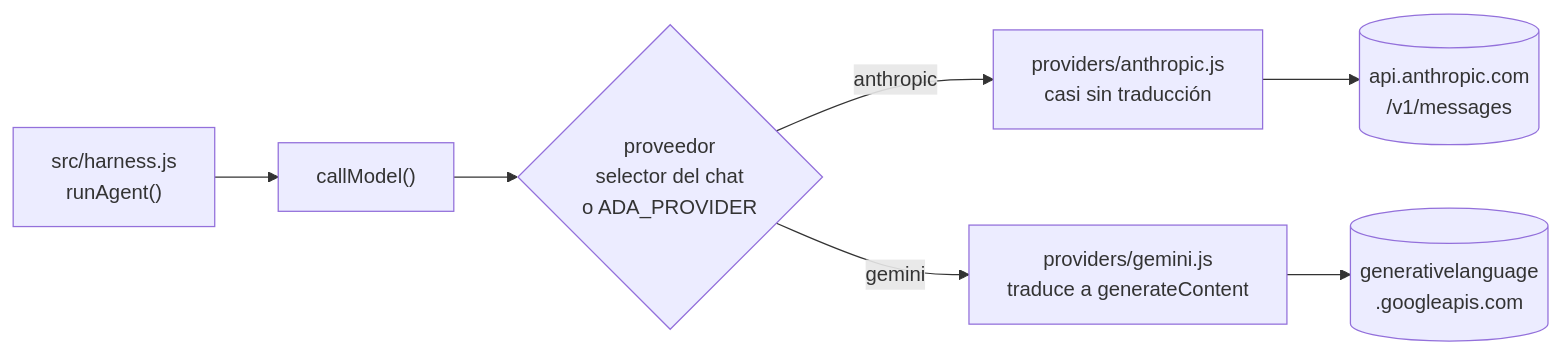
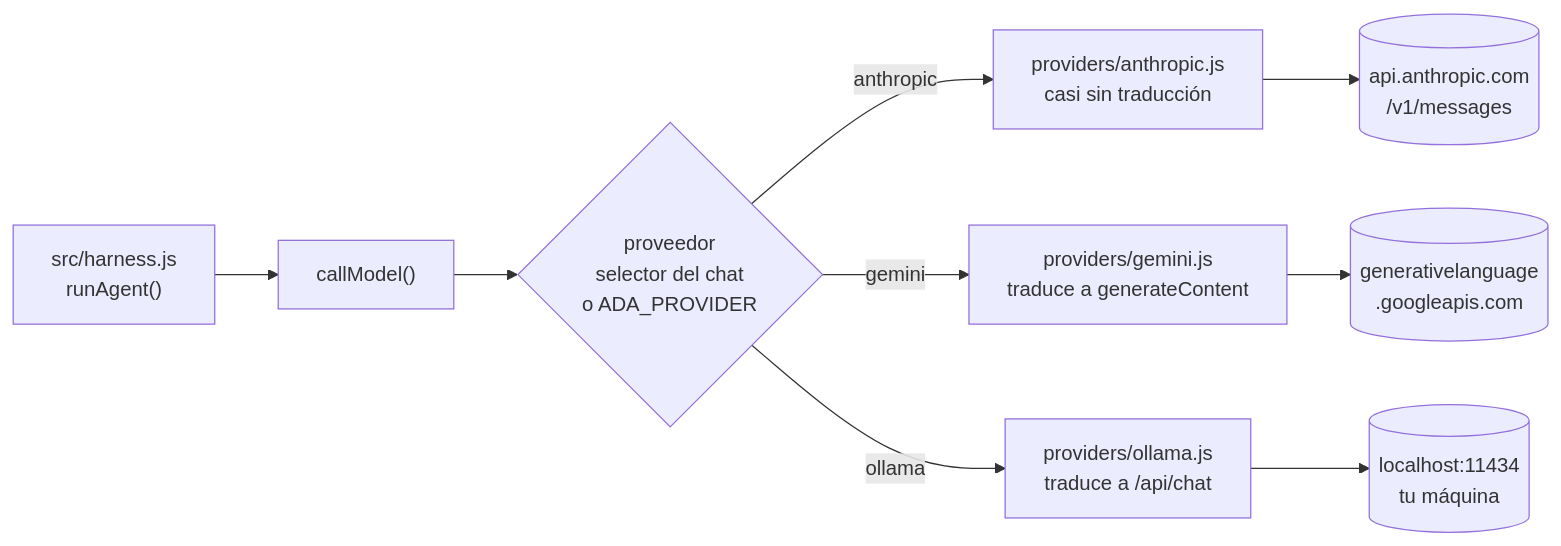
One commit to ada-school/ada-harness changed the sixth of 11 diagrams in README.md. Above: the diagram before and after it, drawn with Mermaid. The commit also changed other lines of this file and 9 other files, not shown here.

````diff
--- a/README.md
+++ b/README.md
@@ -243,9 +246,11 @@
 ```mermaid
 flowchart LR
     LOOP["src/harness.js<br/>runAgent()"] --> CM["callModel()"]
     CM --> SEL{"proveedor<br/>selector del chat<br/>o ADA_PROVIDER"}
     SEL -->|anthropic| A["providers/anthropic.js<br/>casi sin traducción"]
     SEL -->|gemini| G["providers/gemini.js<br/>traduce a generateContent"]
+    SEL -->|ollama| O["providers/ollama.js<br/>traduce a /api/chat"]
     A --> AA[("api.anthropic.com<br/>/v1/messages")]
     G --> GG[("generativelanguage<br/>.googleapis.com")]
+    O --> OO[("localhost:11434<br/>tu máquina")]
 ```
````
